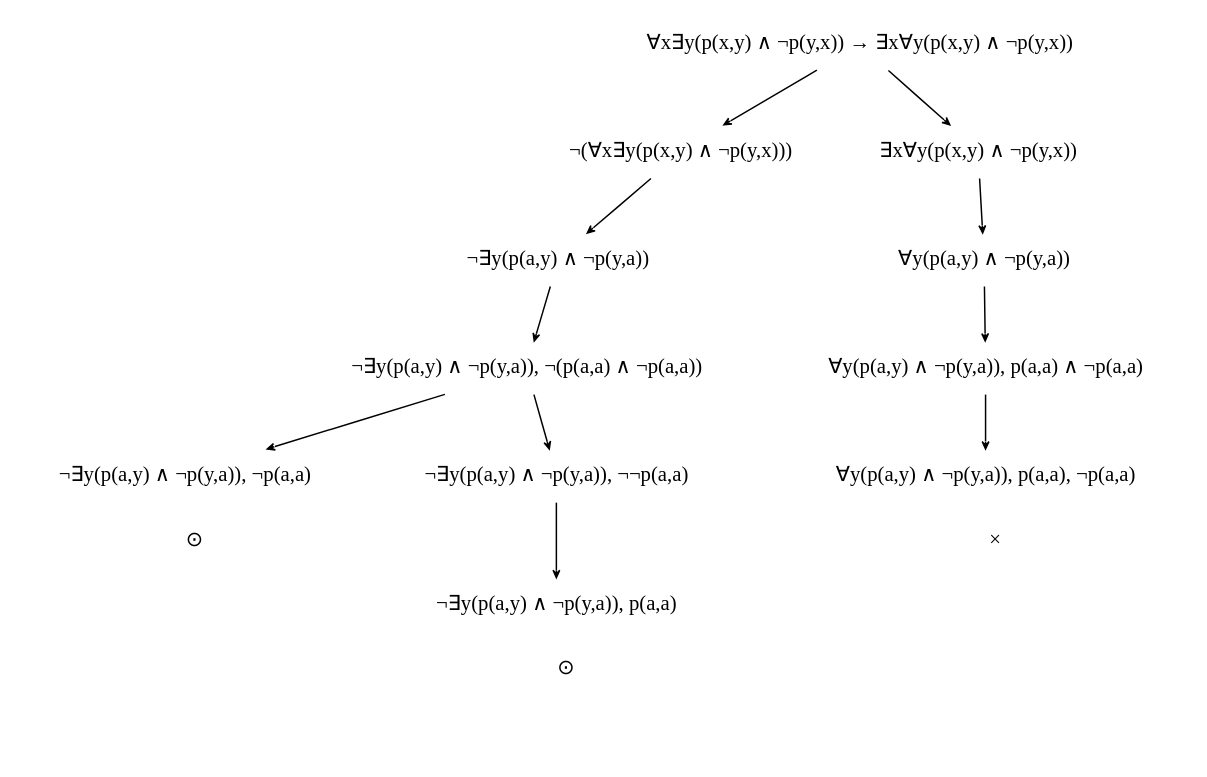
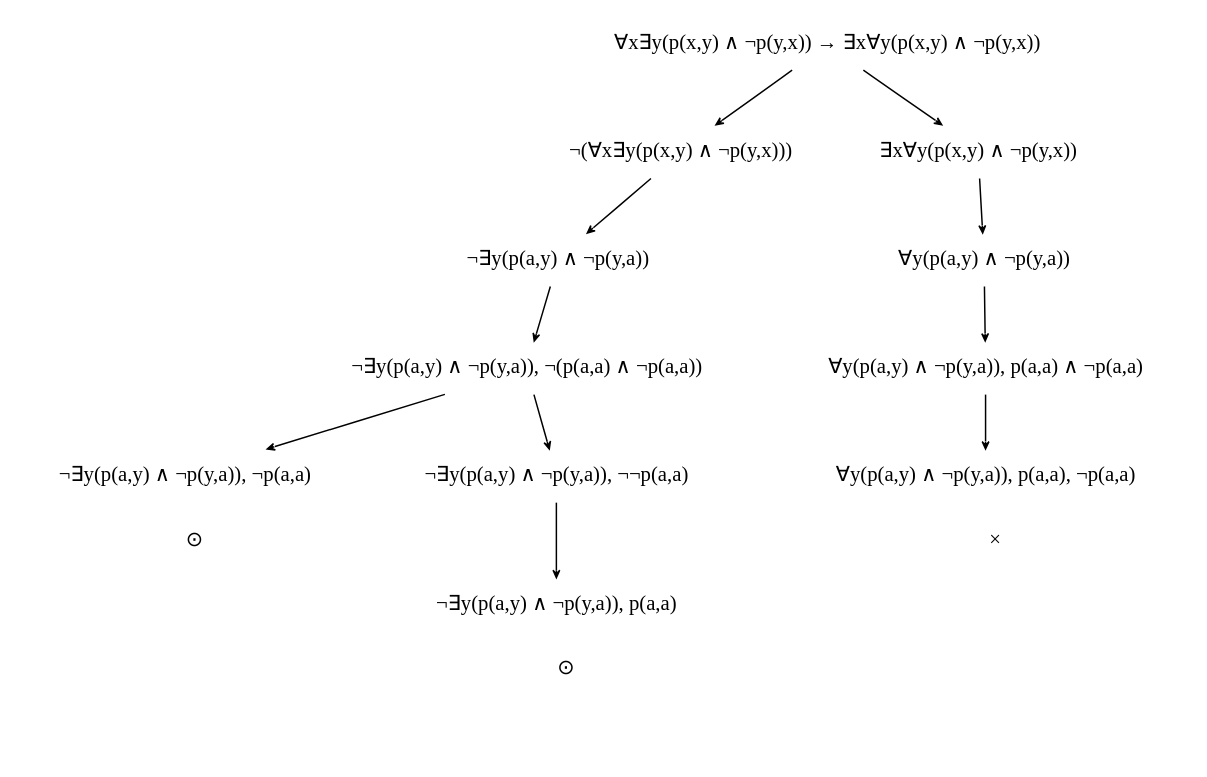
The diagram in Assignment03/q5.1.dot (chris-steenkamp/COS4807), drawn with Graphviz before and after one commit. The commit also changed 4 other files, not shown here.

```diff
--- a/Assignment03/q5.1.dot
+++ b/Assignment03/q5.1.dot
@@ -1,31 +1,31 @@
 digraph G {
     splines="FALSE";
     edge [arrowhead=vee arrowsize=0.5]
     node [shape="none"]
-    o1 [label=""]
+    // o1 [label=""]
     x1211 [label=""]
     x1222 [label=""]
     x2310 [label=""]
 
     l0000 [label="∀x∃y(p(x,y) ∧ ¬p(y,x)) → ∃x∀y(p(x,y) ∧ ¬p(y,x))"]
     l1000 [label="¬(∀x∃y(p(x,y) ∧ ¬p(y,x)))"]
     l1100 [label="¬∃y(p(a,y) ∧ ¬p(y,a))"]
     l1200 [label="¬∃y(p(a,y) ∧ ¬p(y,a)), ¬(p(a,a) ∧ ¬p(a,a))"]
     l1210 [label="¬∃y(p(a,y) ∧ ¬p(y,a)), ¬p(a,a)"]
     l1220 [label="¬∃y(p(a,y) ∧ ¬p(y,a)), ¬¬p(a,a)"]
     l1221 [label="¬∃y(p(a,y) ∧ ¬p(y,a)), p(a,a)"]
     
     l2000 [label="∃x∀y(p(x,y) ∧ ¬p(y,x))"]
     l2100 [label="∀y(p(a,y) ∧ ¬p(y,a))"]
     l2200 [label="∀y(p(a,y) ∧ ¬p(y,a)), p(a,a) ∧ ¬p(a,a)"]
     l2300 [label="∀y(p(a,y) ∧ ¬p(y,a)), p(a,a), ¬p(a,a)"]
 
     l0000 -> {l1000, l2000}
     l1000 -> l1100 -> l1200 -> {l1210, l1220}
     l1220 -> l1221
     l2000 -> l2100 -> l2200 -> l2300
 
     l1210 -> x1211 [label="⊙" color=white]
     l1221 -> x1222 [label="⊙" color=white]
     l2300 -> x2310 [label="×" color=white]
 }
```
